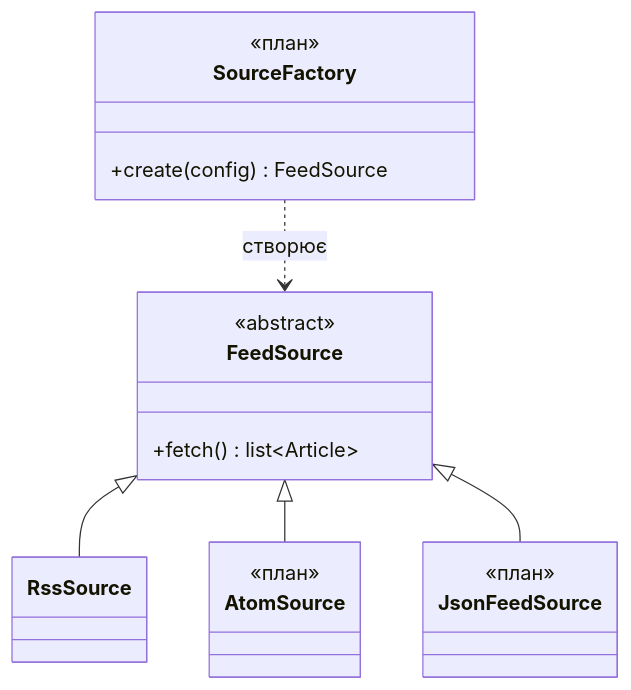
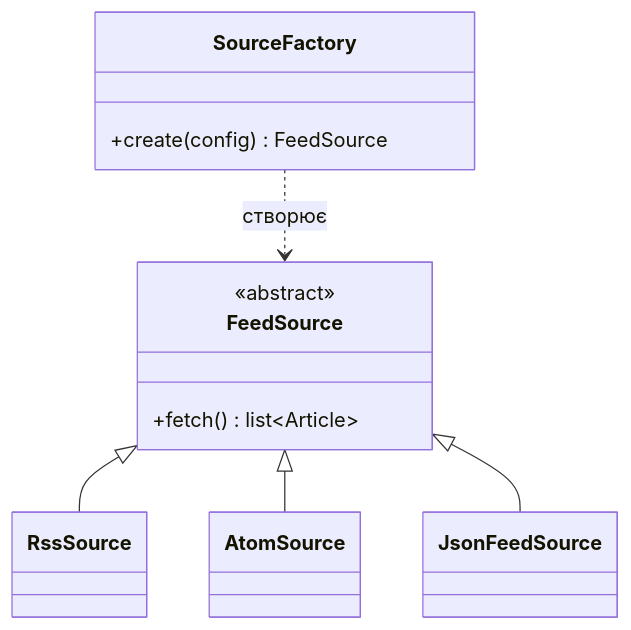
One commit to tetianix/news-aggregator changed the fifth of 5 diagrams in docs/patterns.md. Above: the diagram before and after it, drawn with Mermaid. The commit also changed other lines of this file and 4 other files, not shown here.

Commit message:
Update README and diagrams

````diff
--- a/docs/patterns.md
+++ b/docs/patterns.md
@@ -135,22 +140,17 @@
 ```mermaid
 classDiagram
     class SourceFactory {
-        <<план>>
         +create(config) FeedSource
     }
     class FeedSource {
         <<abstract>>
         +fetch() list~Article~
     }
     class RssSource
-    class AtomSource {
-        <<план>>
-    }
-    class JsonFeedSource {
-        <<план>>
-    }
+    class AtomSource
+    class JsonFeedSource
     SourceFactory ..> FeedSource : створює
     FeedSource <|-- RssSource
     FeedSource <|-- AtomSource
     FeedSource <|-- JsonFeedSource
 ```
````
